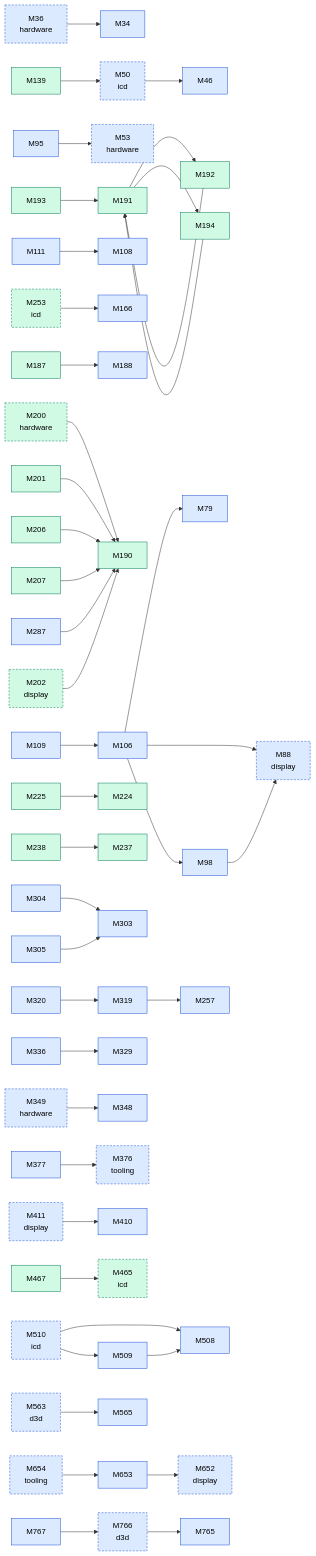
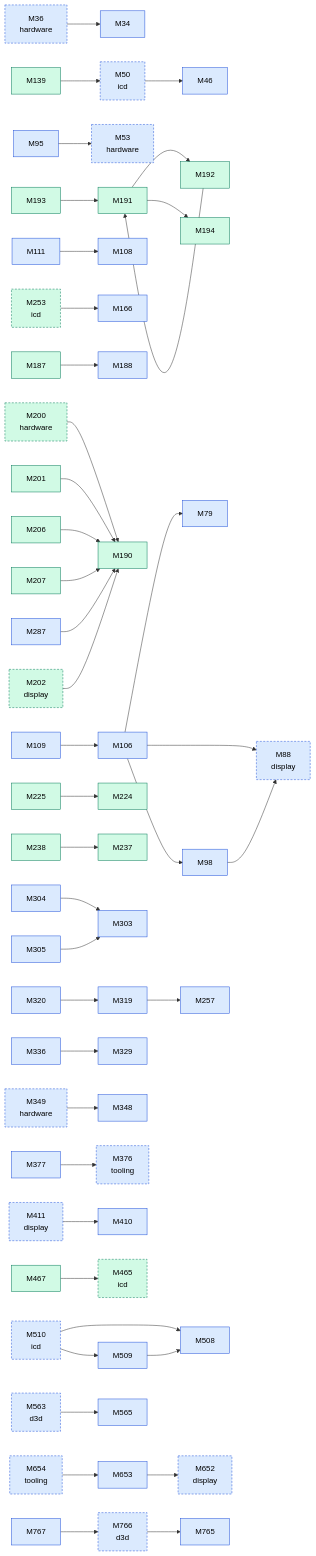
The third of 3 diagrams in docs/facts/graphs/kmd.md (D-Ogi/amdgpu-wddm), drawn with Mermaid before and after one commit. The commit also changed other lines of this file and 14 other files, not shown here.

```diff
--- a/docs/facts/graphs/kmd.md
+++ b/docs/facts/graphs/kmd.md
@@ -287,7 +292,6 @@
   M191 --> M194
   M192 --> M191
   M193 --> M191
-  M194 --> M191
   M201 --> M190
   M206 --> M190
   M207 --> M190
```
